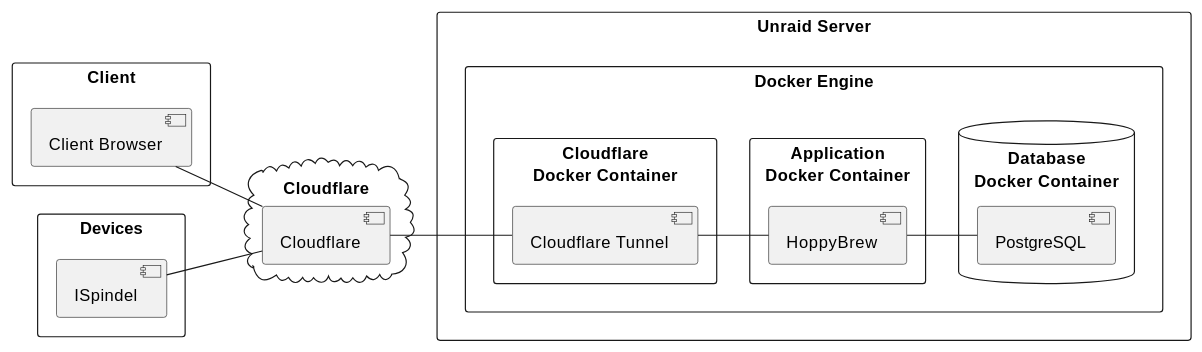
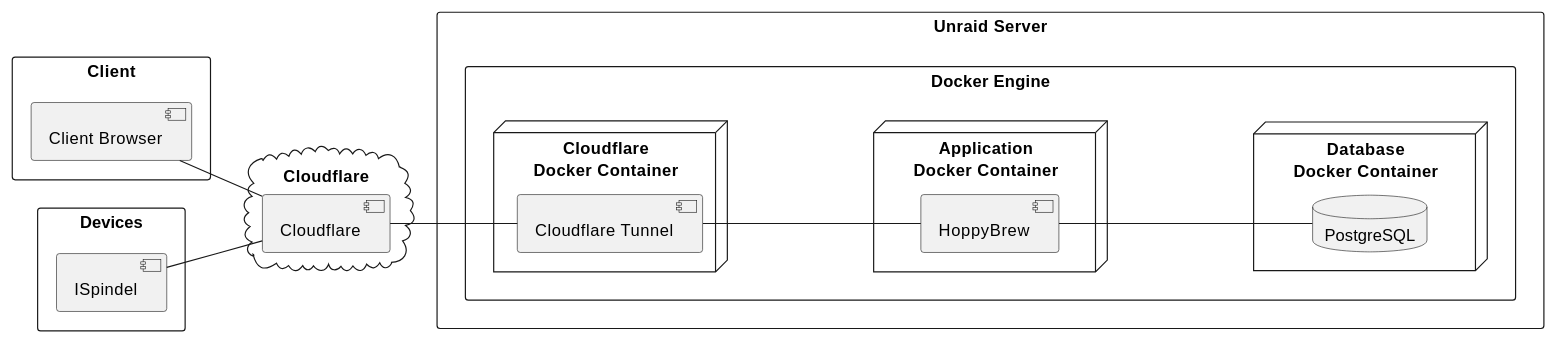
Before and after one commit to asbor/iu-project-software-engineering: the fifth of 5 diagrams in documents/01-Conception-Phase/00-HoppyBrew.md, drawn with PlantUML. The commit also changed 3 other files, not shown here.

```diff
--- a/documents/01-Conception-Phase/00-HoppyBrew.md
+++ b/documents/01-Conception-Phase/00-HoppyBrew.md
@@ -570,40 +570,40 @@
 @startuml 05-black-box-overall-system
 
 left to right direction
 
 rectangle "Client" {
     component "Client Browser" as client_browser
 }
 
 rectangle "Devices" {
     component "ISpindel" as iSpindel
 }
 
 cloud "Cloudflare" {
     component "Cloudflare" as cloudflare
 }
 rectangle "Unraid Server" {
     rectangle "Docker Engine" {
 
-        rectangle "Cloudflare\nDocker Container" {
+        node "Cloudflare\nDocker Container" {
             component "Cloudflare Tunnel" as cloudflareTunnel
         }
 
-        rectangle "Application\nDocker Container" {
+        node "Application\nDocker Container" {
             component "HoppyBrew" as hoppybrew
         }
 
-        database "Database\nDocker Container" {
-            component "PostgreSQL" as postgres
+        node "Database\nDocker Container" {
+            database "PostgreSQL" as postgres
         }
     }
 }
 
 
 client_browser -- cloudflare
 iSpindel -- cloudflare
 cloudflare -- cloudflareTunnel
 cloudflareTunnel -- hoppybrew
 hoppybrew -- postgres
 
 @enduml
```
